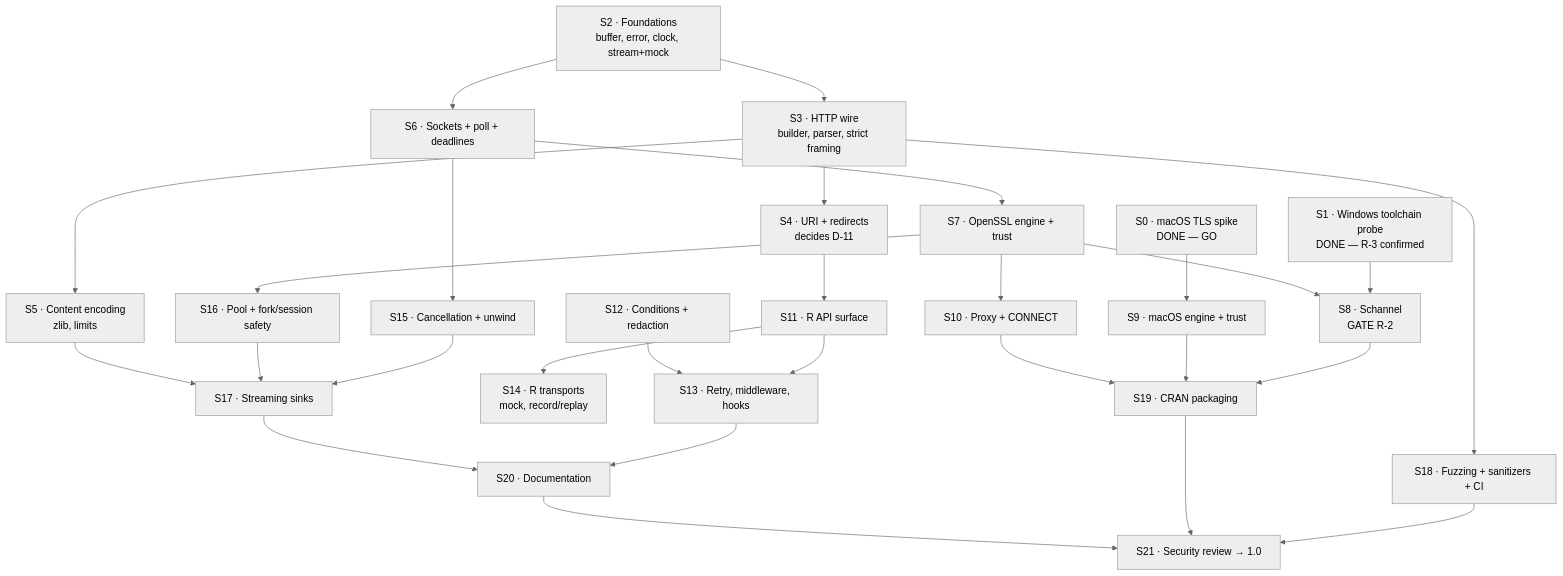
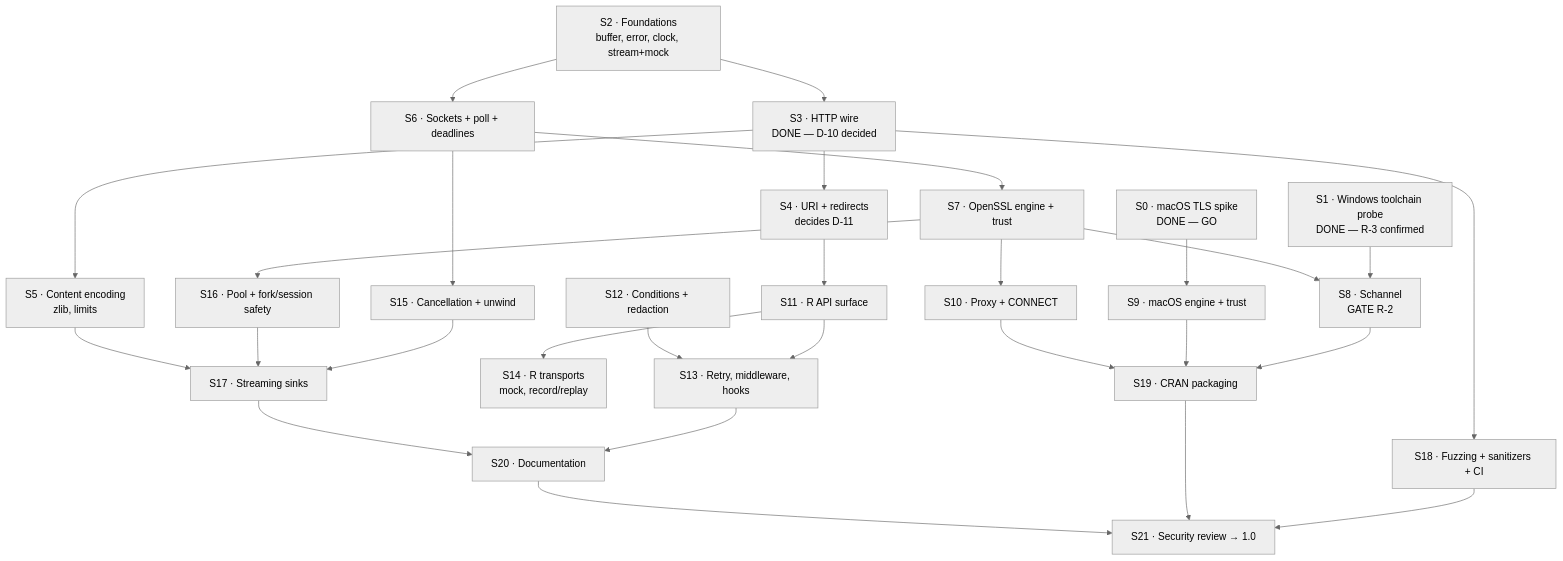
One commit to pedrobtz/zuhttp changed the diagram in roadmap.md. Above: the diagram before and after it, drawn with Mermaid (neutral theme). The commit also changed other lines of this file and 18 other files, not shown here.

````diff
--- a/roadmap.md
+++ b/roadmap.md
@@ -28,58 +28,58 @@
 ```mermaid
 graph TD
     S0["S0 · macOS TLS spike<br/>DONE — GO"]
     S1["S1 · Windows toolchain probe<br/>DONE — R-3 confirmed"]
 
     S2["S2 · Foundations<br/>buffer, error, clock, stream+mock"]
-    S3["S3 · HTTP wire<br/>builder, parser, strict framing"]
+    S3["S3 · HTTP wire<br/>DONE — D-10 decided"]
     S4["S4 · URI + redirects<br/>decides D-11"]
     S5["S5 · Content encoding<br/>zlib, limits"]
 
     S6["S6 · Sockets + poll + deadlines"]
     S7["S7 · OpenSSL engine + trust"]
     S8["S8 · Schannel<br/>GATE R-2"]
     S9["S9 · macOS engine + trust"]
     S10["S10 · Proxy + CONNECT"]
 
     S11["S11 · R API surface"]
     S12["S12 · Conditions + redaction"]
     S13["S13 · Retry, middleware, hooks"]
     S14["S14 · R transports<br/>mock, record/replay"]
 
     S15["S15 · Cancellation + unwind"]
     S16["S16 · Pool + fork/session safety"]
     S17["S17 · Streaming sinks"]
 
     S18["S18 · Fuzzing + sanitizers + CI"]
     S19["S19 · CRAN packaging"]
     S20["S20 · Documentation"]
     S21["S21 · Security review → 1.0"]
 
     S0 --> S9
     S1 --> S8
     S2 --> S3
     S2 --> S6
     S3 --> S4
     S3 --> S5
     S3 --> S18
     S6 --> S7
     S6 --> S15
     S7 --> S8
     S7 --> S10
     S7 --> S16
     S8 --> S19
     S9 --> S19
     S4 --> S11
     S11 --> S13
     S12 --> S13
     S11 --> S14
     S15 --> S17
     S16 --> S17
     S13 --> S20
     S17 --> S20
     S18 --> S21
     S19 --> S21
     S20 --> S21
     S10 --> S19
     S5 --> S17
 ```
````
